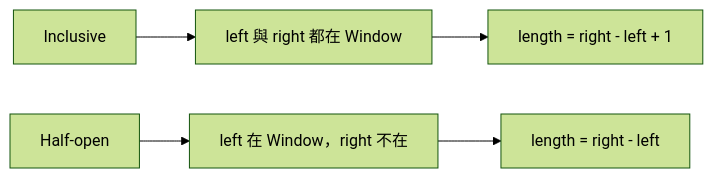
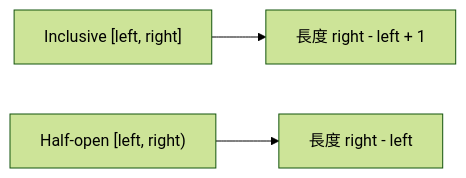
The fourth of 12 diagrams in 03_core_patterns/13_sliding_window.md (davidchen0970/algorithm_note), drawn with Mermaid (forest theme) before and after one commit. The commit also changed other lines of this file, not shown here.

````diff
--- a/03_core_patterns/13_sliding_window.md
+++ b/03_core_patterns/13_sliding_window.md
@@ -172,7 +217,5 @@
 ```mermaid
 flowchart LR
-    I[Inclusive] --> I1[left 與 right 都在 Window]
-    I1 --> I2[length = right - left + 1]
-    H[Half-open] --> H1[left 在 Window，right 不在]
-    H1 --> H2[length = right - left]
+    I["Inclusive [left, right]"] --> I1["長度 right - left + 1"]
+    H["Half-open [left, right)"] --> H1["長度 right - left"]
 ```
````
